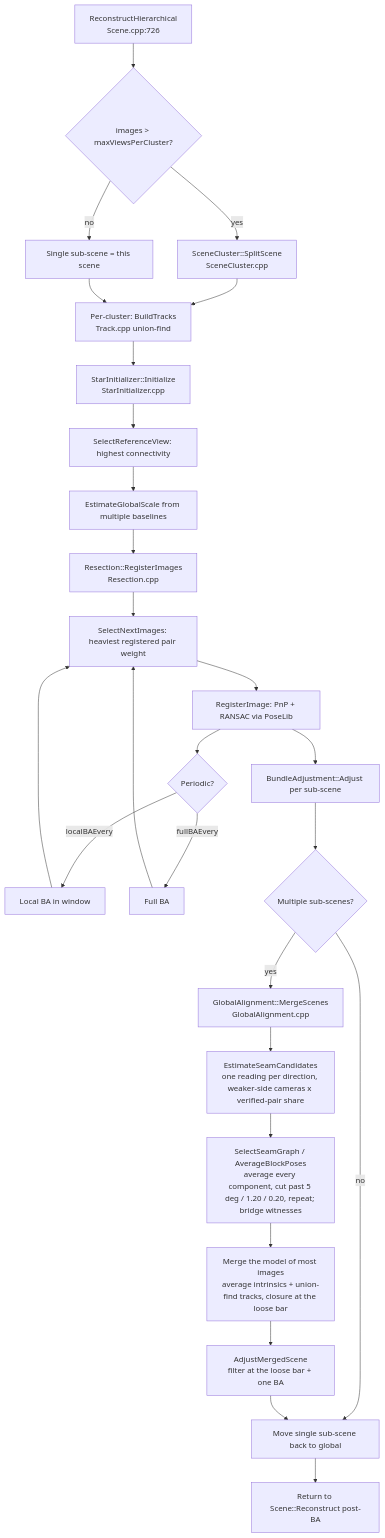
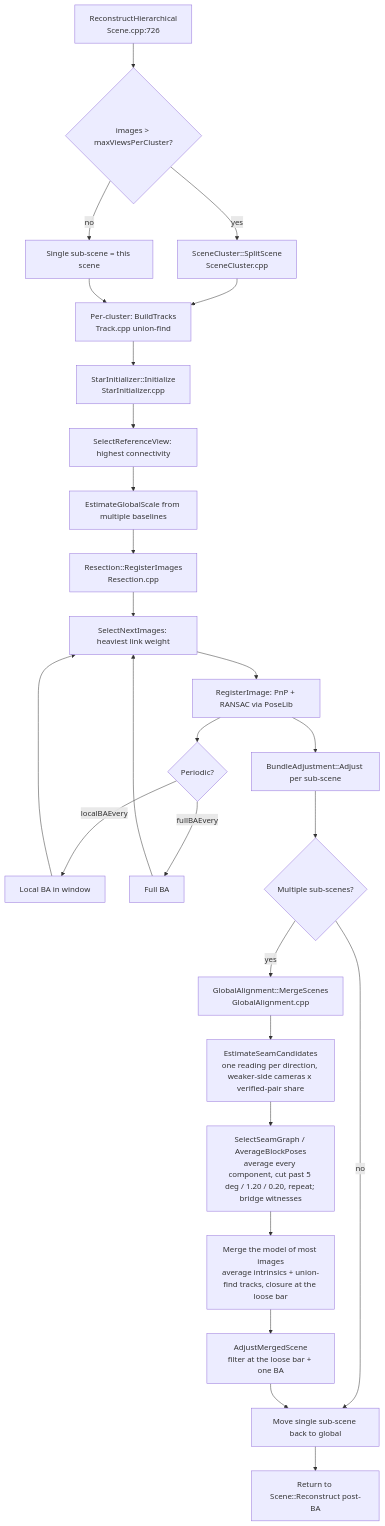
The third of 10 diagrams in docs/pipelines.md (cdcseacave/openMVS), drawn with Mermaid before and after one commit. The commit also changed other lines of this file and 13 other files, not shown here.

````diff
--- a/docs/pipelines.md
+++ b/docs/pipelines.md
@@ -206,29 +206,29 @@
 ```mermaid
 graph TD
     A[ReconstructHierarchical<br/>Scene.cpp:726] --> B{images > maxViewsPerCluster?}
     B -->|yes| C[SceneCluster::SplitScene<br/>SceneCluster.cpp]
     B -->|no| D[Single sub-scene = this scene]
     C --> E[Per-cluster: BuildTracks<br/>Track.cpp union-find]
     D --> E
     E --> F[StarInitializer::Initialize<br/>StarInitializer.cpp]
     F --> F1[SelectReferenceView: highest connectivity]
     F1 --> F2[EstimateGlobalScale from multiple baselines]
     F2 --> G[Resection::RegisterImages<br/>Resection.cpp]
-    G --> G1[SelectNextImages: heaviest registered pair weight]
+    G --> G1[SelectNextImages: heaviest link weight]
     G1 --> G2[RegisterImage: PnP + RANSAC via PoseLib]
     G2 --> G3{Periodic?}
     G3 -->|localBAEvery| G4[Local BA in window]
     G3 -->|fullBAEvery| G5[Full BA]
     G4 --> G1
     G5 --> G1
     G2 --> H[BundleAdjustment::Adjust per sub-scene]
     H --> I{Multiple sub-scenes?}
     I -->|no| J[Move single sub-scene back to global]
     I -->|yes| K[GlobalAlignment::MergeScenes<br/>GlobalAlignment.cpp]
     K --> K1[EstimateSeamCandidates<br/>one reading per direction, weaker-side cameras x verified-pair share]
     K1 --> K2[SelectSeamGraph / AverageBlockPoses<br/>average every component, cut past 5 deg / 1.20 / 0.20, repeat; bridge witnesses]
     K2 --> K3[Merge the model of most images<br/>average intrinsics + union-find tracks, closure at the loose bar]
     K3 --> K4[AdjustMergedScene<br/>filter at the loose bar + one BA]
     K4 --> J
     J --> L[Return to Scene::Reconstruct post-BA]
 ```
````
